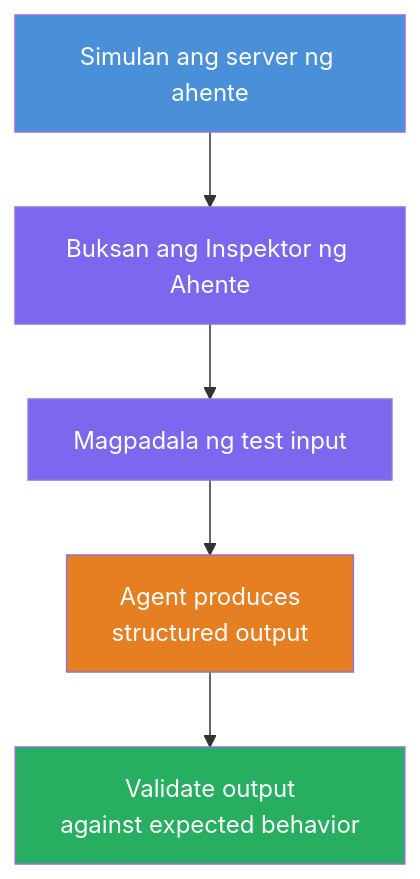
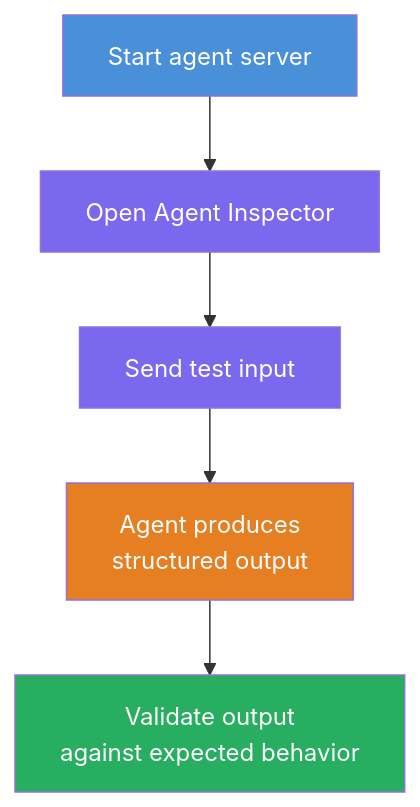
The diagram in translations/tl/workshop/lab01-single-agent/docs/04-test-locally.md (microsoft-foundry/Foundry_Toolkit_for_VSCode_Lab), drawn with Mermaid before and after one commit. The commit also changed other lines of this file and 73 other files, not shown here.

````diff
--- a/translations/tl/workshop/lab01-single-agent/docs/04-test-locally.md
+++ b/translations/tl/workshop/lab01-single-agent/docs/04-test-locally.md
@@ -9,14 +9,14 @@
 ```mermaid
 flowchart TD
-    A["Simulan ang server ng ahente"] --> B["Buksan ang Inspektor ng Ahente"]
-    B --> C["Magpadala ng test input"]
+    A["Start agent server"] --> B["Open Agent Inspector"]
+    B --> C["Send test input"]
     C --> D["Agent produces 
     structured output"]
     D --> E["Validate output 
     against expected behavior"]
     style A fill:#4A90D9,color:#fff
     style B fill:#7B68EE,color:#fff
     style C fill:#7B68EE,color:#fff
     style D fill:#E67E22,color:#fff
     style E fill:#27AE60,color:#fff
 ```
````
